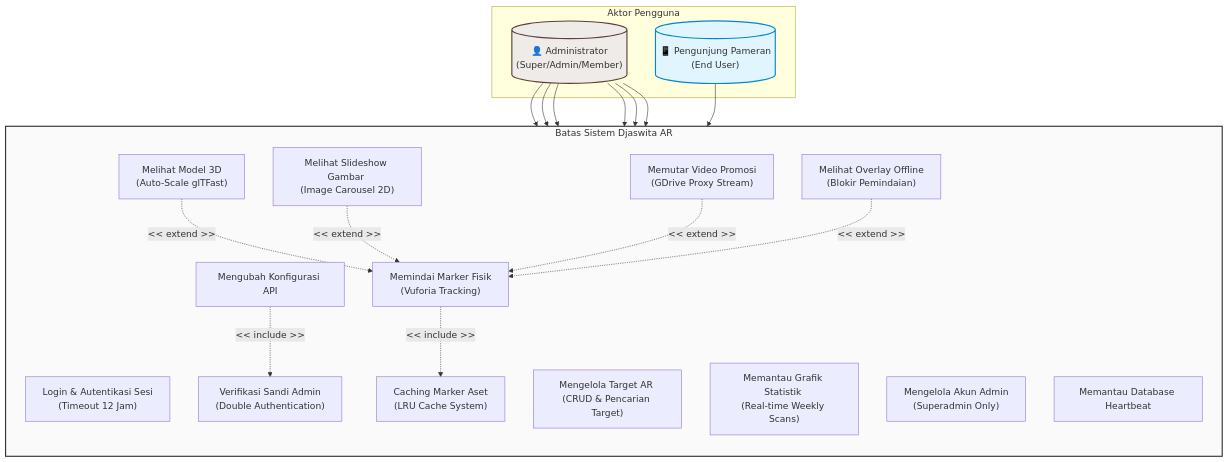
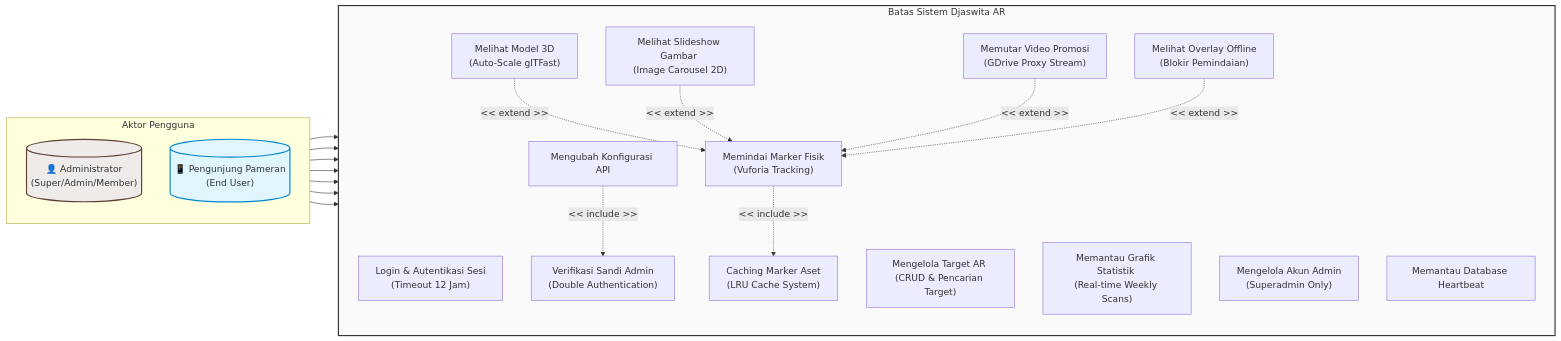
Before and after one commit to MyusiZ3/DjaswitaAR-Fix: the second of 3 diagrams in WebAdmin/docs/diagram/diagram.md, drawn with Mermaid.

Commit message:
docs: adjust Use Case diagram layout direction to Left-to-Right
- Changed main graph direction in 'diagram.md' from TB to LR.
- Enforced vertical stacking of actors on the left side by adding 'direction TB' to the Aktor subgraph, placing the SystemBoundary to the right.

````diff
--- a/WebAdmin/docs/diagram/diagram.md
+++ b/WebAdmin/docs/diagram/diagram.md
@@ -70,54 +70,55 @@
 ```mermaid
-graph TB
+graph LR
     %% Definisi Aktor
     subgraph Aktor ["Aktor Pengguna"]
+        direction TB
         Admin[("👤 Administrator <br>(Super/Admin/Member)")]
         User[("📱 Pengunjung Pameran <br>(End User)")]
     end
 
     %% Batas Sistem (System Boundary)
     subgraph SystemBoundary ["Batas Sistem Djaswita AR"]
         direction TB
         
         %% Use Cases Admin
         UC_Login["Login & Autentikasi Sesi <br>(Timeout 12 Jam)"]
         UC_CRUD["Mengelola Target AR <br>(CRUD & Pencarian Target)"]
         UC_Config["Mengubah Konfigurasi API"]
         UC_DoubleAuth["Verifikasi Sandi Admin <br>(Double Authentication)"]
         UC_ViewStats["Memantau Grafik Statistik <br>(Real-time Weekly Scans)"]
         UC_ManageAdmin["Mengelola Akun Admin <br>(Superadmin Only)"]
         UC_Hearbeat["Memantau Database Heartbeat"]
 
         %% Use Cases User
         UC_ScanMarker["Memindai Marker Fisik <br>(Vuforia Tracking)"]
         UC_View3D["Melihat Model 3D <br>(Auto-Scale glTFast)"]
         UC_ViewCarousel["Melihat Slideshow Gambar <br>(Image Carousel 2D)"]
         UC_PlayVideo["Memutar Video Promosi <br>(GDrive Proxy Stream)"]
         UC_OfflineOverlay["Melihat Overlay Offline <br>(Blokir Pemindaian)"]
         UC_CacheMarker["Caching Marker Aset <br>(LRU Cache System)"]
     end
 
     %% Hubungan Aktor ke Use Case
     Admin --> UC_Login
     Admin --> UC_CRUD
     Admin --> UC_Config
     Admin --> UC_ViewStats
     Admin --> UC_ManageAdmin
     Admin --> UC_Hearbeat
 
     User --> UC_ScanMarker
 
     %% Relasi Include / Extend
     UC_Config -. "<< include >>" .-> UC_DoubleAuth
     UC_ScanMarker -. "<< include >>" .-> UC_CacheMarker
     
     UC_View3D -. "<< extend >>" .-> UC_ScanMarker
     UC_ViewCarousel -. "<< extend >>" .-> UC_ScanMarker
     UC_PlayVideo -. "<< extend >>" .-> UC_ScanMarker
     UC_OfflineOverlay -. "<< extend >>" .-> UC_ScanMarker
 
     %% Styling Warna
     style Admin fill:#efebe9,stroke:#5d4037,stroke-width:2px;
     style User fill:#e1f5fe,stroke:#0288d1,stroke-width:2px;
     style SystemBoundary fill:#fafafa,stroke:#333,stroke-width:2px;
 ```
````
